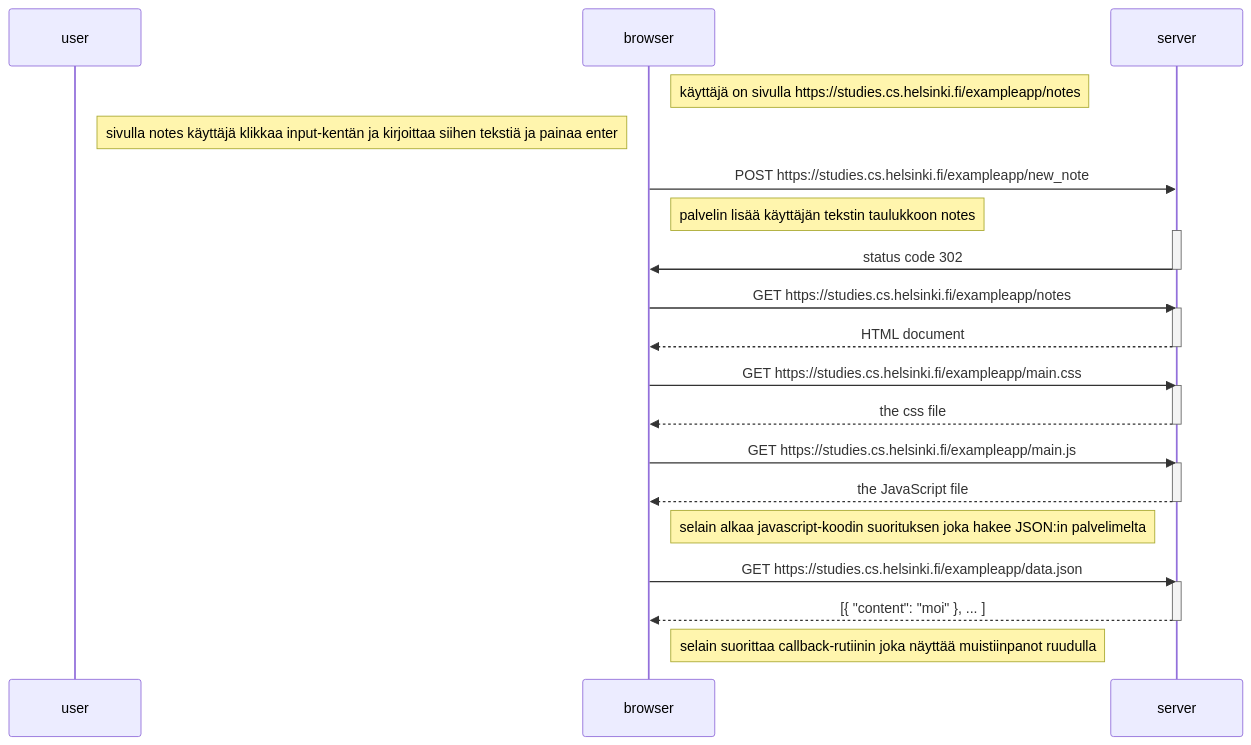
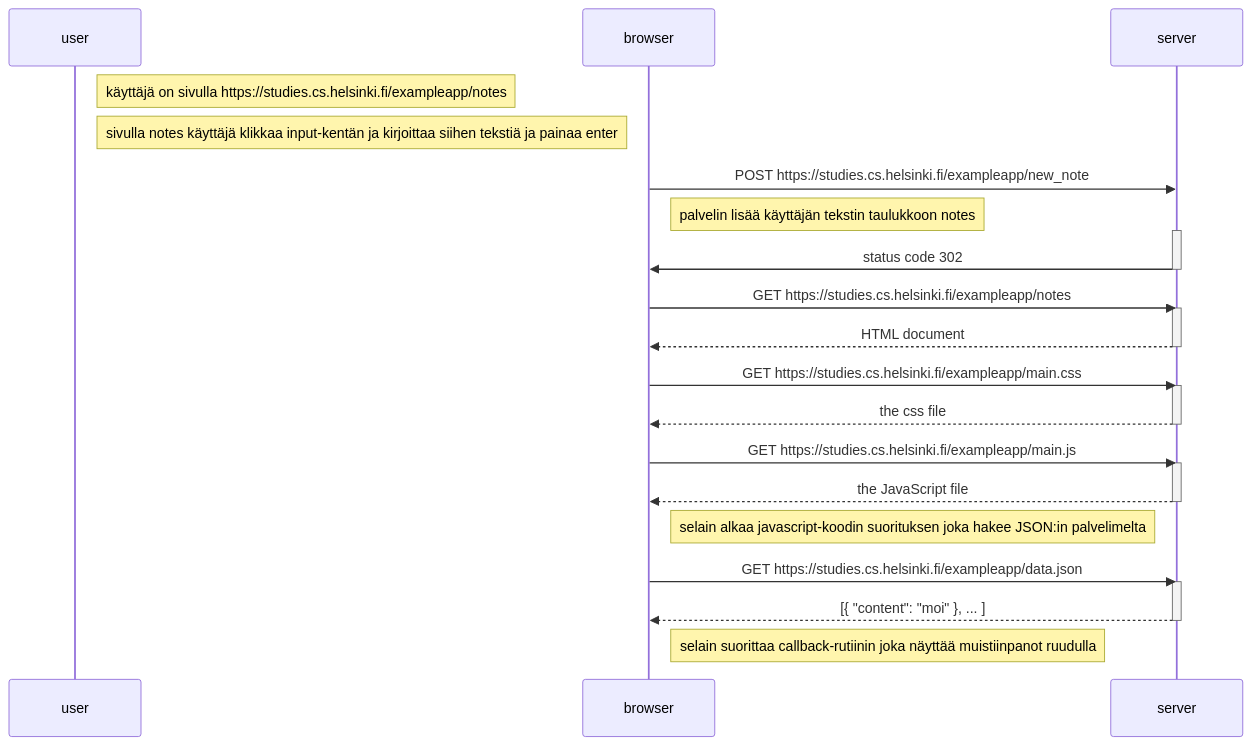
The diagram in mermaid-test8.md (moocjsi/mooc-harj03), drawn with Mermaid before and after one commit.

````diff
--- a/mermaid-test8.md
+++ b/mermaid-test8.md
@@ -2,44 +2,43 @@
 ```mermaid
 sequenceDiagram
     participant user
     participant browser
     participant server
     
-    Note right of browser: käyttäjä on sivulla https://studies.cs.helsinki.fi/exampleapp/notes
-
+    Note right of user: käyttäjä on sivulla https://studies.cs.helsinki.fi/exampleapp/notes
     Note right of user: sivulla notes käyttäjä klikkaa input-kentän ja kirjoittaa siihen tekstiä ja painaa enter
 
     browser->>server: POST https://studies.cs.helsinki.fi/exampleapp/new_note
 
     Note right of browser: palvelin lisää käyttäjän tekstin taulukkoon notes
 
     activate server
     server->>browser: status code 302
     deactivate server
 
     browser->>server: GET https://studies.cs.helsinki.fi/exampleapp/notes
     activate server
     server-->>browser: HTML document
     deactivate server
 
     browser->>server: GET https://studies.cs.helsinki.fi/exampleapp/main.css
     activate server
     server-->>browser: the css file
     deactivate server
 
     browser->>server: GET https://studies.cs.helsinki.fi/exampleapp/main.js
     activate server
     server-->>browser: the JavaScript file
     deactivate server
 
     Note right of browser: selain alkaa  javascript-koodin suorituksen joka hakee JSON:in palvelimelta
 
     browser->>server: GET https://studies.cs.helsinki.fi/exampleapp/data.json
     activate server
     server-->>browser: [{ "content": "moi" }, ... ]
     deactivate server
 
     Note right of browser: selain suorittaa callback-rutiinin joka näyttää muistiinpanot ruudulla
 
 
 ```
````
